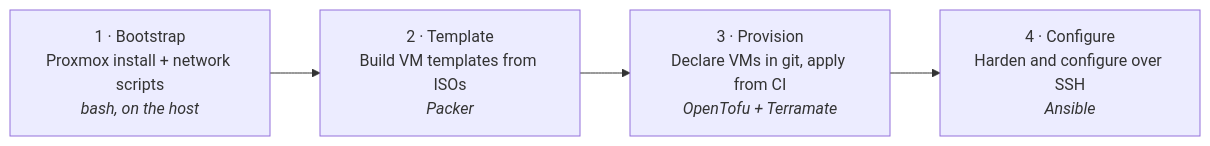
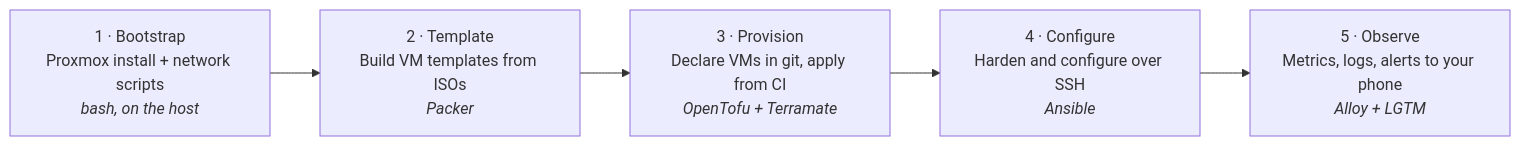
The diagram in README.md (megamp15/AUTOLAB), drawn with Mermaid before and after one commit. The commit also changed other lines of this file and 4 other files, not shown here.

````diff
--- a/README.md
+++ b/README.md
@@ -28,8 +28,9 @@
 ```mermaid
 flowchart LR
   A["1 · Bootstrap<br/>Proxmox install + network scripts<br/><i>bash, on the host</i>"]
   B["2 · Template<br/>Build VM templates from ISOs<br/><i>Packer</i>"]
   C["3 · Provision<br/>Declare VMs in git, apply from CI<br/><i>OpenTofu + Terramate</i>"]
   D["4 · Configure<br/>Harden and configure over SSH<br/><i>Ansible</i>"]
-  A --> B --> C --> D
+  E["5 · Observe<br/>Metrics, logs, alerts to your phone<br/><i>Alloy + LGTM</i>"]
+  A --> B --> C --> D --> E
 ```
````
